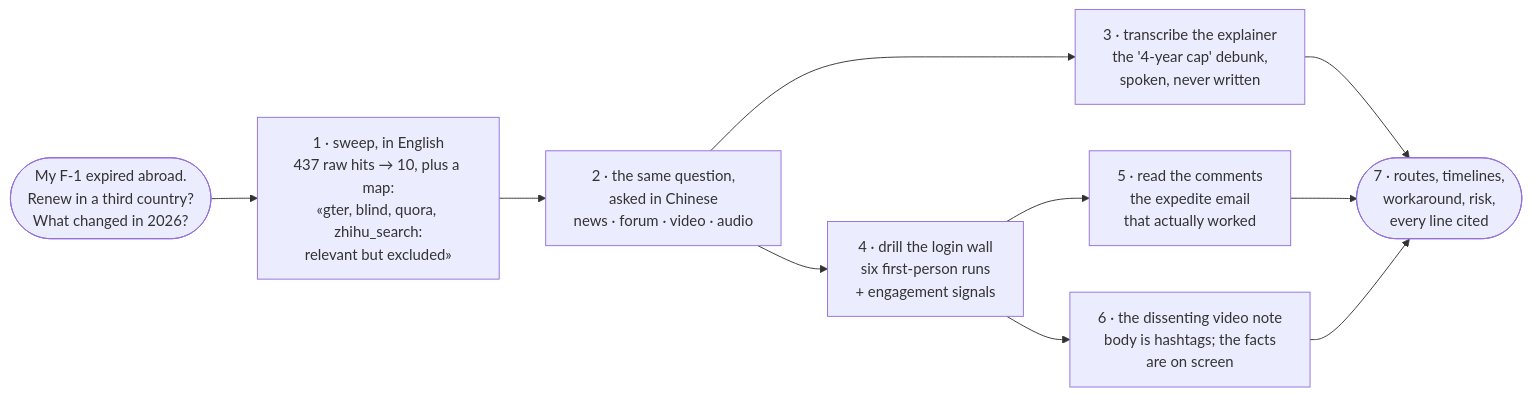
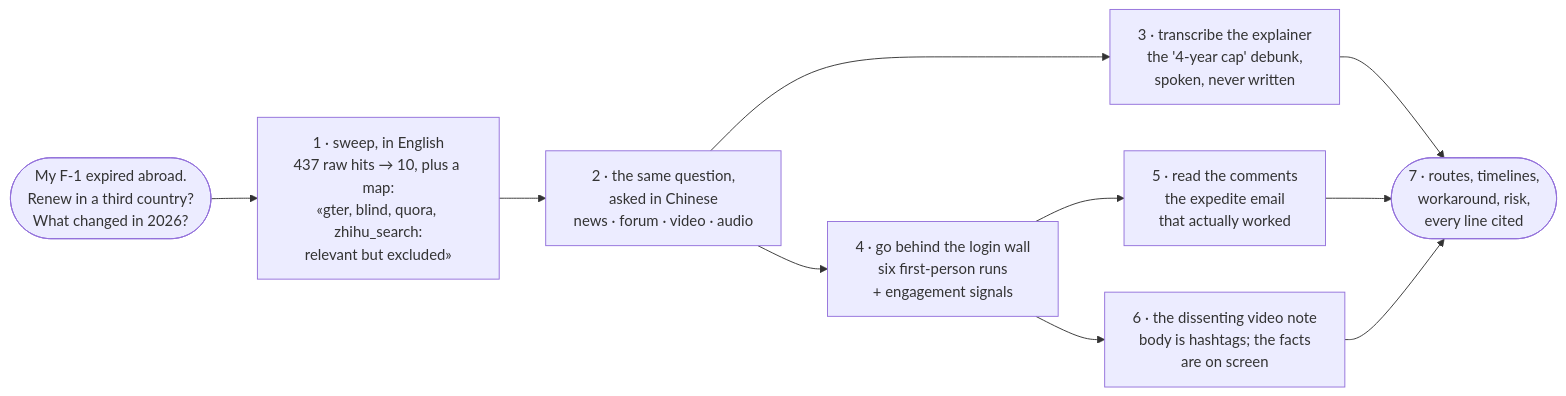
One commit to Battam1111/omniseek changed the first of 2 diagrams in docs/examples.md. Above: the diagram before and after it, drawn with Mermaid. The commit also changed other lines of this file and 14 other files, not shown here.

````diff
--- a/docs/examples.md
+++ b/docs/examples.md
@@ -17,12 +17,12 @@
 ```mermaid
 flowchart LR
     Q(["My F-1 expired abroad.<br/>Renew in a third country?<br/>What changed in 2026?"]) --> S["1 · sweep, in English<br/>437 raw hits → 10, plus a map:<br/>«gter, blind, quora, zhihu_search:<br/>relevant but excluded»"]
     S --> S2["2 · the same question,<br/>asked in Chinese<br/>news · forum · video · audio"]
     S2 --> T["3 · transcribe the explainer<br/>the '4-year cap' debunk,<br/>spoken, never written"]
-    S2 --> D["4 · drill the login wall<br/>six first-person runs<br/>+ engagement signals"]
+    S2 --> D["4 · go behind the login wall<br/>six first-person runs<br/>+ engagement signals"]
     D --> C["5 · read the comments<br/>the expedite email<br/>that actually worked"]
     D --> V["6 · the dissenting video note<br/>body is hashtags; the facts<br/>are on screen"]
     T --> A(["7 · routes, timelines,<br/>workaround, risk,<br/>every line cited"])
     C --> A
     V --> A
 ```
````
